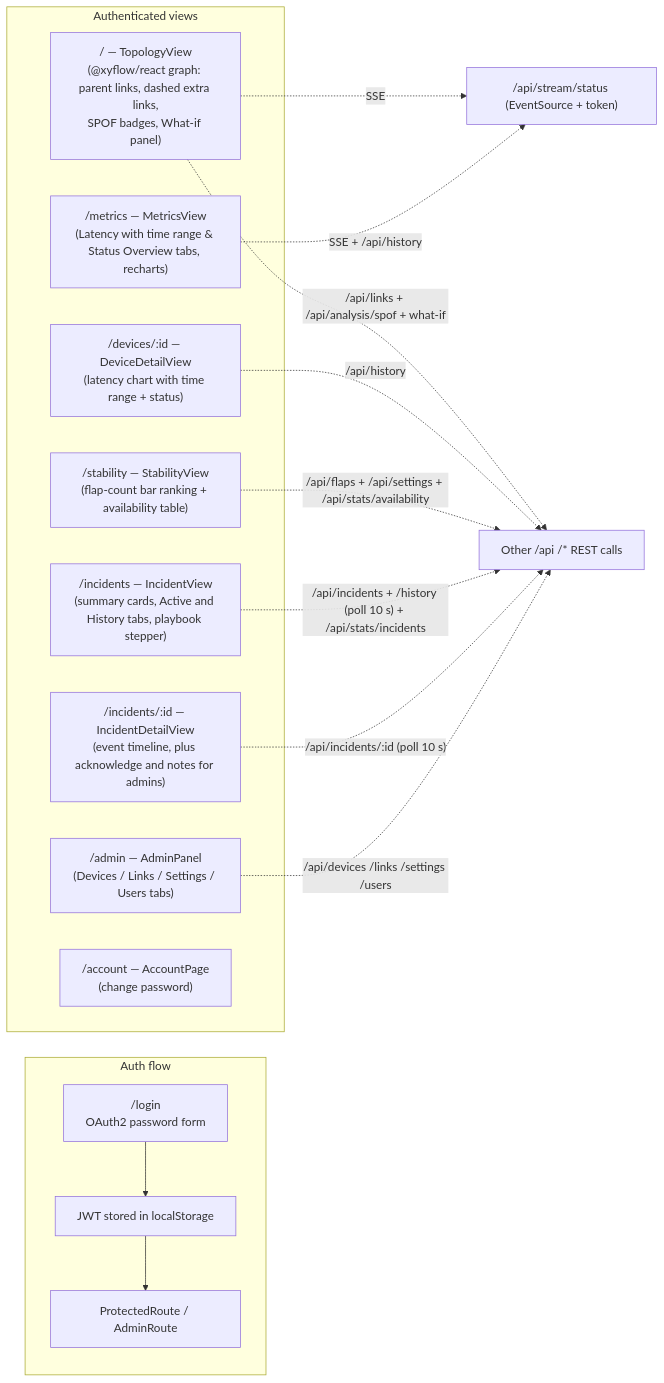
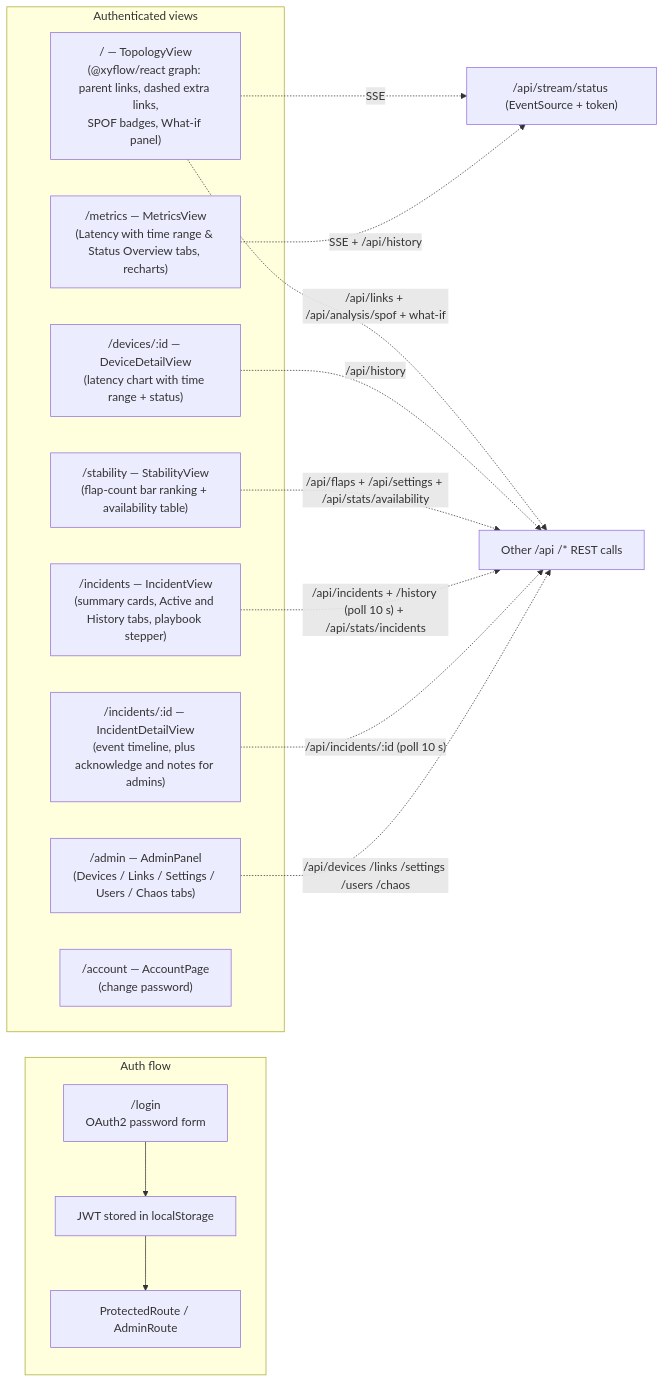
One commit to dumbL4d/network-analyser changed the seventh of 10 diagrams in README.md. Above: the diagram before and after it, drawn with Mermaid. The commit also changed other lines of this file and 20 other files, not shown here.

````diff
--- a/README.md
+++ b/README.md
@@ -569,27 +593,27 @@
 ```mermaid
 flowchart LR
     subgraph Auth["Auth flow"]
         LOGIN["/login<br/>OAuth2 password form"] --> JWT["JWT stored in localStorage"]
         JWT --> PROD["ProtectedRoute / AdminRoute"]
     end
 
     subgraph Views["Authenticated views"]
         T["/ — TopologyView<br/>(@xyflow/react graph: parent links, dashed extra links,<br/>SPOF badges, What-if panel)"]
         D["/devices/:id — DeviceDetailView<br/>(latency chart with time range + status)"]
         M["/metrics — MetricsView<br/>(Latency with time range & Status Overview tabs, recharts)"]
         S["/stability — StabilityView<br/>(flap-count bar ranking + availability table)"]
         I["/incidents — IncidentView<br/>(summary cards, Active and History tabs, playbook stepper)"]
         IDV["/incidents/:id — IncidentDetailView<br/>(event timeline, plus acknowledge and notes for admins)"]
-        A["/admin — AdminPanel<br/>(Devices / Links / Settings / Users tabs)"]
+        A["/admin — AdminPanel<br/>(Devices / Links / Settings / Users / Chaos tabs)"]
         C["/account — AccountPage<br/>(change password)"]
     end
 
     T -. SSE .-> STREAM["/api/stream/status (EventSource + token)"]
     T -. "/api/links + /api/analysis/spof + what-if" .-> REST
     M -. SSE + /api/history .-> STREAM
     D -. /api/history .-> REST["Other /api /* REST calls"]
     S -. "/api/flaps + /api/settings + /api/stats/availability" .-> REST
     I -. "/api/incidents + /history (poll 10 s) + /api/stats/incidents" .-> REST
     IDV -. "/api/incidents/:id (poll 10 s)" .-> REST
-    A -. "/api/devices /links /settings /users" .-> REST
+    A -. "/api/devices /links /settings /users /chaos" .-> REST
 ```
````
